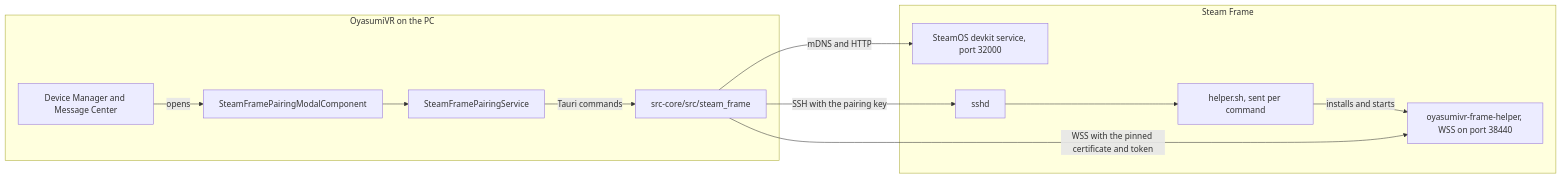
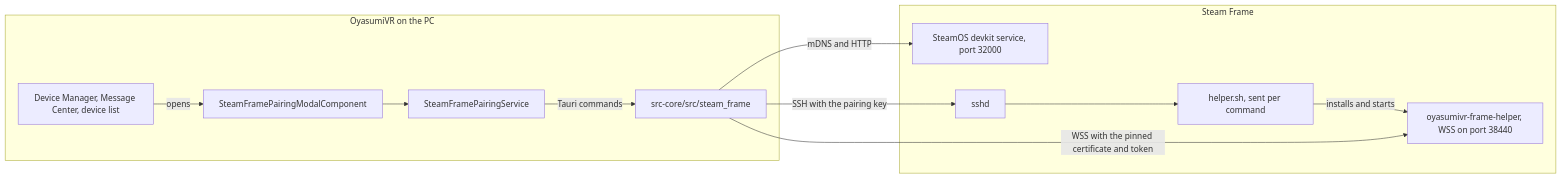
The first of 7 diagrams in docs/agents/steam-frame-pairing.md (Raphiiko/OyasumiVR), drawn with Mermaid before and after one commit. The commit also changed other lines of this file and 2 other files, not shown here.

````diff
--- a/docs/agents/steam-frame-pairing.md
+++ b/docs/agents/steam-frame-pairing.md
@@ -8,23 +9,23 @@
 ```mermaid
 flowchart LR
   subgraph PC [OyasumiVR on the PC]
-    UI["Device Manager and Message Center"]
+    UI["Device Manager, Message Center, device list"]
     Wizard["SteamFramePairingModalComponent"]
     Service["SteamFramePairingService"]
     Core["src-core/src/steam_frame"]
   end
   subgraph Headset [Steam Frame]
     Devkit["SteamOS devkit service, port 32000"]
     Sshd["sshd"]
     Script["helper.sh, sent per command"]
     Helper["oyasumivr-frame-helper, WSS on port 38440"]
   end
   UI -- opens --> Wizard
   Wizard --> Service
   Service -- Tauri commands --> Core
   Core -- "mDNS and HTTP" --> Devkit
   Core -- "SSH with the pairing key" --> Sshd
   Sshd --> Script
   Script -- "installs and starts" --> Helper
   Core -- "WSS with the pinned certificate and token" --> Helper
 ```
````
